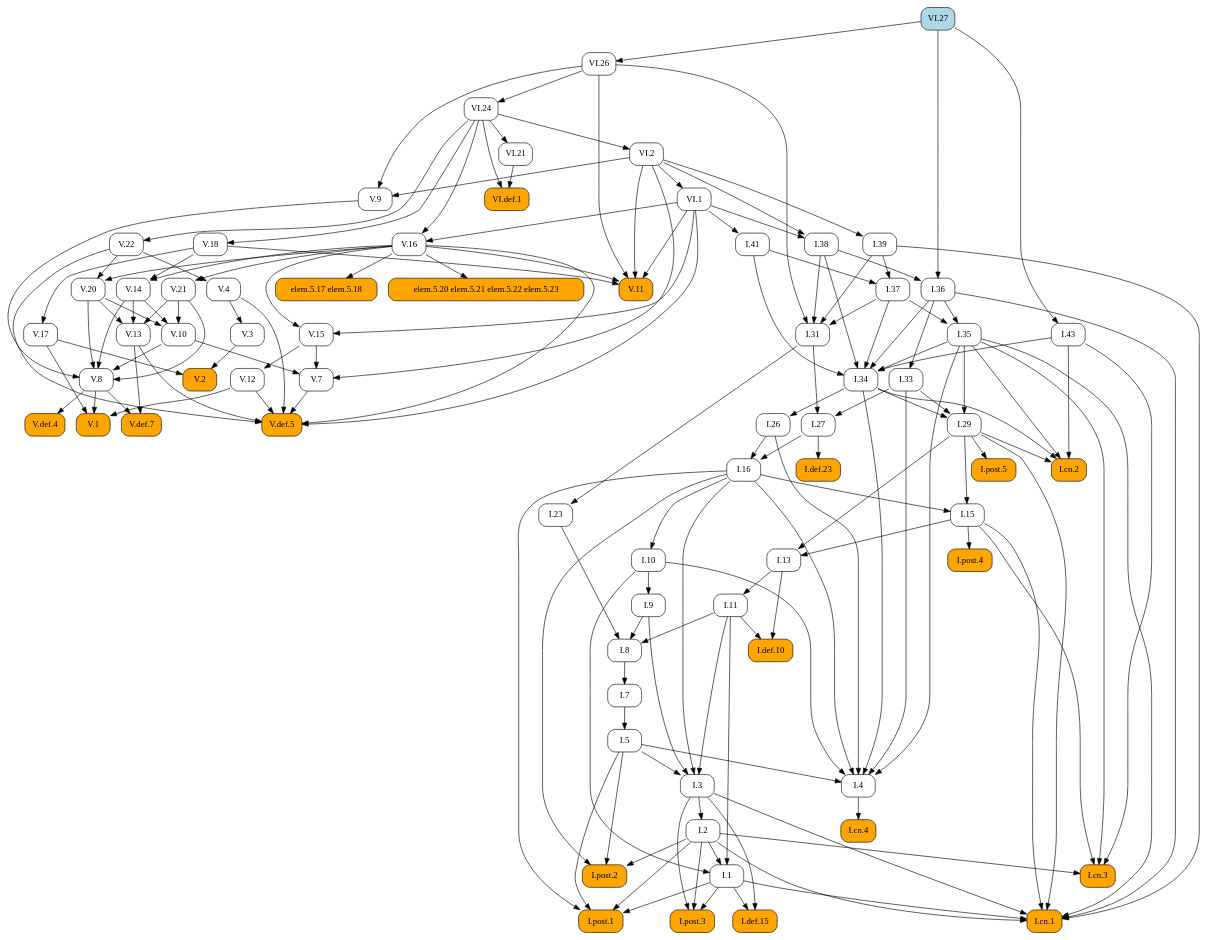
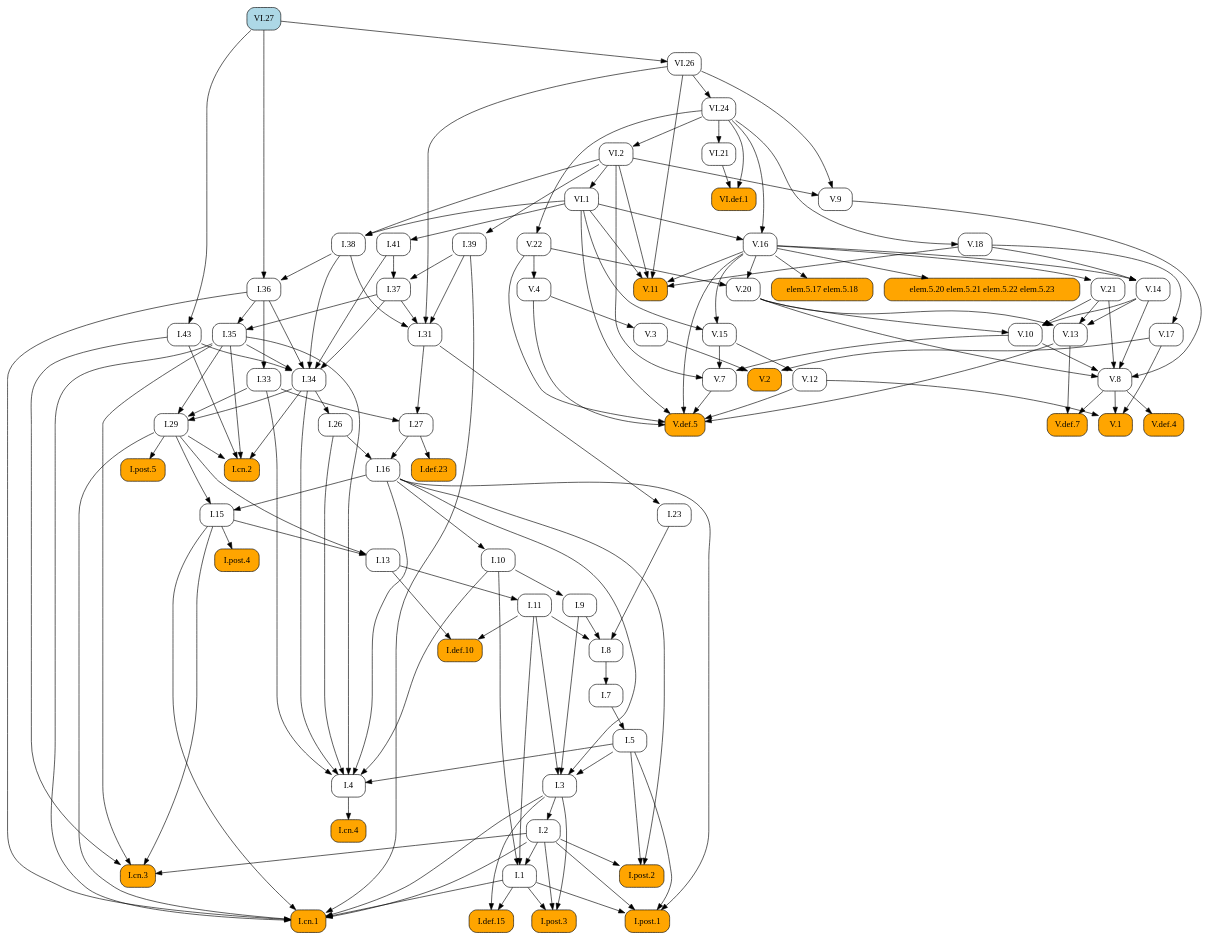
The diagram in docsrc/heath/VI/27/index.rst (geometor/elements), drawn with Graphviz before and after one commit. The commit also changed other lines of this file and 1029 other files, not shown here.

```diff
--- a/docsrc/heath/VI/27/index.rst
+++ b/docsrc/heath/VI/27/index.rst
@@ -62,141 +62,84 @@
    digraph {
      rankdir="TB";
      node [shape=box, style=rounded];
+     "I.def.10" [style="rounded,filled", fillcolor=orange, URL="/heath/I/def.10/", target="_top"];
+     "I.11" [URL="/heath/I/11/", target="_top"];
+     "I.post.4" [style="rounded,filled", fillcolor=orange, URL="/heath/I/post.4/", target="_top"];
+     "I.1" [URL="/heath/I/1/", target="_top"];
+     "VI.21" [URL="/heath/VI/21/", target="_top"];
+     "V.def.5" [style="rounded,filled", fillcolor=orange, URL="/heath/V/def.5/", target="_top"];
+     "V.13" [URL="/heath/V/13/", target="_top"];
+     "V.11" [style="rounded,filled", fillcolor=orange, URL="/heath/V/11/", target="_top"];
+     "I.post.3" [style="rounded,filled", fillcolor=orange, URL="/heath/I/post.3/", target="_top"];
+     "VI.1" [URL="/heath/VI/1/", target="_top"];
+     "I.cn.3" [style="rounded,filled", fillcolor=orange, URL="/heath/I/cn.3/", target="_top"];
+     "V.16" [URL="/heath/V/16/", target="_top"];
+     "V.3" [URL="/heath/V/3/", target="_top"];
+     "I.36" [URL="/heath/I/36/", target="_top"];
+     "I.27" [URL="/heath/I/27/", target="_top"];
+     "V.8" [URL="/heath/V/8/", target="_top"];
+     "I.41" [URL="/heath/I/41/", target="_top"];
+     "I.37" [URL="/heath/I/37/", target="_top"];
+     "I.34" [URL="/heath/I/34/", target="_top"];
+     "I.2" [URL="/heath/I/2/", target="_top"];
+     "I.def.23" [style="rounded,filled", fillcolor=orange, URL="/heath/I/def.23/", target="_top"];
+     "I.33" [URL="/heath/I/33/", target="_top"];
+     "I.post.2" [style="rounded,filled", fillcolor=orange, URL="/heath/I/post.2/", target="_top"];
+     "VI.def.1" [style="rounded,filled", fillcolor=orange, URL="/heath/VI/def.1/", target="_top"];
+     "elem.5.20 elem.5.21 elem.5.22 elem.5.23" [style="rounded,filled", fillcolor=orange];
+     "I.9" [URL="/heath/I/9/", target="_top"];
+     "VI.26" [URL="/heath/VI/26/", target="_top"];
+     "I.cn.4" [style="rounded,filled", fillcolor=orange, URL="/heath/I/cn.4/", target="_top"];
+     "V.def.4" [style="rounded,filled", fillcolor=orange, URL="/heath/V/def.4/", target="_top"];
+     "I.15" [URL="/heath/I/15/", target="_top"];
+     "I.38" [URL="/heath/I/38/", target="_top"];
+     "V.def.7" [style="rounded,filled", fillcolor=orange, URL="/heath/V/def.7/", target="_top"];
+     "I.5" [URL="/heath/I/5/", target="_top"];
+     "V.21" [URL="/heath/V/21/", target="_top"];
+     "I.39" [URL="/heath/I/39/", target="_top"];
+     "I.26" [URL="/heath/I/26/", target="_top"];
+     "V.14" [URL="/heath/V/14/", target="_top"];
+     "I.29" [URL="/heath/I/29/", target="_top"];
+     "V.22" [URL="/heath/V/22/", target="_top"];
+     "V.12" [URL="/heath/V/12/", target="_top"];
+     "I.cn.2" [style="rounded,filled", fillcolor=orange, URL="/heath/I/cn.2/", target="_top"];
+     "V.20" [URL="/heath/V/20/", target="_top"];
+     "V.10" [URL="/heath/V/10/", target="_top"];
+     "VI.2" [URL="/heath/VI/2/", target="_top"];
+     "I.def.15" [style="rounded,filled", fillcolor=orange, URL="/heath/I/def.15/", target="_top"];
+     "V.15" [URL="/heath/V/15/", target="_top"];
+     "I.cn.1" [style="rounded,filled", fillcolor=orange, URL="/heath/I/cn.1/", target="_top"];
+     "V.7" [URL="/heath/V/7/", target="_top"];
+     "V.9" [URL="/heath/V/9/", target="_top"];
+     "V.18" [URL="/heath/V/18/", target="_top"];
+     "I.23" [URL="/heath/I/23/", target="_top"];
+     "I.43" [URL="/heath/I/43/", target="_top"];
+     "I.post.1" [style="rounded,filled", fillcolor=orange, URL="/heath/I/post.1/", target="_top"];
+     "I.35" [URL="/heath/I/35/", target="_top"];
+     "I.7" [URL="/heath/I/7/", target="_top"];
+     "I.3" [URL="/heath/I/3/", target="_top"];
+     "I.4" [URL="/heath/I/4/", target="_top"];
+     "I.13" [URL="/heath/I/13/", target="_top"];
+     "V.17" [URL="/heath/V/17/", target="_top"];
+     "V.4" [URL="/heath/V/4/", target="_top"];
+     "I.31" [URL="/heath/I/31/", target="_top"];
      "V.1" [style="rounded,filled", fillcolor=orange, URL="/heath/V/1/", target="_top"];
-     "I.29" [URL="/heath/I/29/", target="_top"];
-     "I.7" [URL="/heath/I/7/", target="_top"];
-     "I.27" [URL="/heath/I/27/", target="_top"];
-     "I.def.23" [style="rounded,filled", fillcolor=orange, URL="/heath/I/def.23/", target="_top"];
-     "V.20" [URL="/heath/V/20/", target="_top"];
-     "I.34" [URL="/heath/I/34/", target="_top"];
+     "VI.24" [URL="/heath/VI/24/", target="_top"];
+     "I.16" [URL="/heath/I/16/", target="_top"];
+     "elem.5.17 elem.5.18" [style="rounded,filled", fillcolor=orange];
      "I.8" [URL="/heath/I/8/", target="_top"];
      "V.2" [style="rounded,filled", fillcolor=orange, URL="/heath/V/2/", target="_top"];
-     "I.9" [URL="/heath/I/9/", target="_top"];
-     "V.22" [URL="/heath/V/22/", target="_top"];
-     "I.post.4" [style="rounded,filled", fillcolor=orange, URL="/heath/I/post.4/", target="_top"];
-     "I.2" [URL="/heath/I/2/", target="_top"];
-     "VI.21" [URL="/heath/VI/21/", target="_top"];
-     "V.4" [URL="/heath/V/4/", target="_top"];
-     "I.cn.4" [style="rounded,filled", fillcolor=orange, URL="/heath/I/cn.4/", target="_top"];
-     "VI.24" [URL="/heath/VI/24/", target="_top"];
-     "VI.2" [URL="/heath/VI/2/", target="_top"];
-     "elem.5.20 elem.5.21 elem.5.22 elem.5.23" [style="rounded,filled", fillcolor=orange];
-     "I.23" [URL="/heath/I/23/", target="_top"];
-     "I.13" [URL="/heath/I/13/", target="_top"];
-     "I.5" [URL="/heath/I/5/", target="_top"];
-     "VI.26" [URL="/heath/VI/26/", target="_top"];
-     "I.11" [URL="/heath/I/11/", target="_top"];
-     "I.4" [URL="/heath/I/4/", target="_top"];
-     "I.43" [URL="/heath/I/43/", target="_top"];
-     "I.def.10" [style="rounded,filled", fillcolor=orange, URL="/heath/I/def.10/", target="_top"];
-     "I.post.3" [style="rounded,filled", fillcolor=orange, URL="/heath/I/post.3/", target="_top"];
-     "V.9" [URL="/heath/V/9/", target="_top"];
-     "VI.def.1" [style="rounded,filled", fillcolor=orange, URL="/heath/VI/def.1/", target="_top"];
-     "elem.5.17 elem.5.18" [style="rounded,filled", fillcolor=orange];
-     "V.17" [URL="/heath/V/17/", target="_top"];
-     "V.3" [URL="/heath/V/3/", target="_top"];
-     "I.36" [URL="/heath/I/36/", target="_top"];
-     "V.12" [URL="/heath/V/12/", target="_top"];
-     "I.15" [URL="/heath/I/15/", target="_top"];
-     "I.41" [URL="/heath/I/41/", target="_top"];
-     "V.def.5" [style="rounded,filled", fillcolor=orange, URL="/heath/V/def.5/", target="_top"];
-     "I.cn.3" [style="rounded,filled", fillcolor=orange, URL="/heath/I/cn.3/", target="_top"];
-     "V.16" [URL="/heath/V/16/", target="_top"];
-     "I.38" [URL="/heath/I/38/", target="_top"];
-     "V.15" [URL="/heath/V/15/", target="_top"];
+     "I.post.5" [style="rounded,filled", fillcolor=orange, URL="/heath/I/post.5/", target="_top"];
+     "I.10" [URL="/heath/I/10/", target="_top"];
      "VI.27" [style="rounded,filled", fillcolor=lightblue, URL="/heath/VI/27/", target="_top"];
-     "V.def.4" [style="rounded,filled", fillcolor=orange, URL="/heath/V/def.4/", target="_top"];
-     "V.21" [URL="/heath/V/21/", target="_top"];
-     "V.8" [URL="/heath/V/8/", target="_top"];
-     "V.7" [URL="/heath/V/7/", target="_top"];
-     "I.1" [URL="/heath/I/1/", target="_top"];
-     "I.def.15" [style="rounded,filled", fillcolor=orange, URL="/heath/I/def.15/", target="_top"];
-     "I.post.1" [style="rounded,filled", fillcolor=orange, URL="/heath/I/post.1/", target="_top"];
-     "V.13" [URL="/heath/V/13/", target="_top"];
-     "I.26" [URL="/heath/I/26/", target="_top"];
-     "I.33" [URL="/heath/I/33/", target="_top"];
-     "V.def.7" [style="rounded,filled", fillcolor=orange, URL="/heath/V/def.7/", target="_top"];
-     "I.39" [URL="/heath/I/39/", target="_top"];
-     "I.cn.2" [style="rounded,filled", fillcolor=orange, URL="/heath/I/cn.2/", target="_top"];
-     "V.10" [URL="/heath/V/10/", target="_top"];
-     "I.10" [URL="/heath/I/10/", target="_top"];
-     "I.3" [URL="/heath/I/3/", target="_top"];
-     "I.16" [URL="/heath/I/16/", target="_top"];
-     "I.31" [URL="/heath/I/31/", target="_top"];
-     "V.11" [style="rounded,filled", fillcolor=orange, URL="/heath/V/11/", target="_top"];
-     "I.post.2" [style="rounded,filled", fillcolor=orange, URL="/heath/I/post.2/", target="_top"];
-     "I.post.5" [style="rounded,filled", fillcolor=orange, URL="/heath/I/post.5/", target="_top"];
-     "VI.1" [URL="/heath/VI/1/", target="_top"];
-     "I.35" [URL="/heath/I/35/", target="_top"];
-     "V.18" [URL="/heath/V/18/", target="_top"];
-     "I.cn.1" [style="rounded,filled", fillcolor=orange, URL="/heath/I/cn.1/", target="_top"];
-     "I.37" [URL="/heath/I/37/", target="_top"];
-     "V.14" [URL="/heath/V/14/", target="_top"];
-     "V.8" -> "V.1";
-     "V.12" -> "V.1";
-     "V.17" -> "V.1";
-     "I.33" -> "I.29";
-     "I.34" -> "I.29";
-     "I.35" -> "I.29";
-     "I.8" -> "I.7";
-     "I.31" -> "I.27";
-     "I.33" -> "I.27";
-     "I.27" -> "I.def.23";
-     "V.16" -> "V.20";
-     "V.22" -> "V.20";
-     "I.35" -> "I.34";
-     "I.36" -> "I.34";
-     "I.37" -> "I.34";
-     "I.38" -> "I.34";
-     "I.41" -> "I.34";
-     "I.43" -> "I.34";
-     "I.9" -> "I.8";
-     "I.11" -> "I.8";
-     "I.23" -> "I.8";
-     "V.3" -> "V.2";
-     "V.17" -> "V.2";
-     "I.10" -> "I.9";
-     "VI.24" -> "V.22";
-     "I.15" -> "I.post.4";
-     "I.3" -> "I.2";
-     "VI.24" -> "VI.21";
-     "V.22" -> "V.4";
-     "I.4" -> "I.cn.4";
-     "VI.26" -> "VI.24";
-     "VI.24" -> "VI.2";
-     "V.16" -> "elem.5.20 elem.5.21 elem.5.22 elem.5.23";
-     "I.31" -> "I.23";
-     "I.15" -> "I.13";
-     "I.29" -> "I.13";
-     "I.7" -> "I.5";
-     "VI.27" -> "VI.26";
-     "I.13" -> "I.11";
-     "I.5" -> "I.4";
-     "I.10" -> "I.4";
-     "I.16" -> "I.4";
-     "I.26" -> "I.4";
-     "I.33" -> "I.4";
-     "I.34" -> "I.4";
-     "I.35" -> "I.4";
-     "VI.27" -> "I.43";
      "I.11" -> "I.def.10";
      "I.13" -> "I.def.10";
-     "I.1" -> "I.post.3";
-     "I.2" -> "I.post.3";
-     "I.3" -> "I.post.3";
-     "VI.2" -> "V.9";
-     "VI.26" -> "V.9";
-     "VI.21" -> "VI.def.1";
-     "VI.24" -> "VI.def.1";
-     "V.16" -> "elem.5.17 elem.5.18";
-     "V.18" -> "V.17";
-     "V.4" -> "V.3";
-     "I.38" -> "I.36";
-     "VI.27" -> "I.36";
-     "V.15" -> "V.12";
-     "I.16" -> "I.15";
-     "I.29" -> "I.15";
-     "VI.1" -> "I.41";
+     "I.13" -> "I.11";
+     "I.15" -> "I.post.4";
+     "I.2" -> "I.1";
+     "I.10" -> "I.1";
+     "I.11" -> "I.1";
+     "VI.24" -> "VI.21";
      "V.4" -> "V.def.5";
      "V.7" -> "V.def.5";
      "V.12" -> "V.def.5";
@@ -204,74 +147,87 @@
      "V.16" -> "V.def.5";
      "V.22" -> "V.def.5";
      "VI.1" -> "V.def.5";
+     "V.14" -> "V.13";
+     "V.20" -> "V.13";
+     "V.21" -> "V.13";
+     "V.16" -> "V.11";
+     "V.18" -> "V.11";
+     "VI.1" -> "V.11";
+     "VI.2" -> "V.11";
+     "VI.26" -> "V.11";
+     "I.1" -> "I.post.3";
+     "I.2" -> "I.post.3";
+     "I.3" -> "I.post.3";
+     "VI.2" -> "VI.1";
      "I.2" -> "I.cn.3";
      "I.15" -> "I.cn.3";
      "I.35" -> "I.cn.3";
      "I.43" -> "I.cn.3";
      "VI.1" -> "V.16";
      "VI.24" -> "V.16";
-     "VI.1" -> "I.38";
-     "VI.2" -> "I.38";
-     "V.16" -> "V.15";
-     "VI.1" -> "V.15";
-     "V.8" -> "V.def.4";
-     "V.16" -> "V.21";
+     "V.4" -> "V.3";
+     "I.38" -> "I.36";
+     "VI.27" -> "I.36";
+     "I.31" -> "I.27";
+     "I.33" -> "I.27";
      "V.9" -> "V.8";
      "V.10" -> "V.8";
      "V.14" -> "V.8";
      "V.20" -> "V.8";
      "V.21" -> "V.8";
-     "V.10" -> "V.7";
-     "V.15" -> "V.7";
-     "VI.2" -> "V.7";
-     "I.2" -> "I.1";
-     "I.10" -> "I.1";
-     "I.11" -> "I.1";
-     "I.1" -> "I.def.15";
-     "I.3" -> "I.def.15";
-     "I.1" -> "I.post.1";
-     "I.2" -> "I.post.1";
-     "I.5" -> "I.post.1";
-     "I.16" -> "I.post.1";
-     "V.14" -> "V.13";
-     "V.20" -> "V.13";
-     "V.21" -> "V.13";
-     "I.34" -> "I.26";
+     "VI.1" -> "I.41";
+     "I.39" -> "I.37";
+     "I.41" -> "I.37";
+     "I.35" -> "I.34";
+     "I.36" -> "I.34";
+     "I.37" -> "I.34";
+     "I.38" -> "I.34";
+     "I.41" -> "I.34";
+     "I.43" -> "I.34";
+     "I.3" -> "I.2";
+     "I.27" -> "I.def.23";
      "I.36" -> "I.33";
+     "I.2" -> "I.post.2";
+     "I.5" -> "I.post.2";
+     "I.16" -> "I.post.2";
+     "VI.21" -> "VI.def.1";
+     "VI.24" -> "VI.def.1";
+     "V.16" -> "elem.5.20 elem.5.21 elem.5.22 elem.5.23";
+     "I.10" -> "I.9";
+     "VI.27" -> "VI.26";
+     "I.4" -> "I.cn.4";
+     "V.8" -> "V.def.4";
+     "I.16" -> "I.15";
+     "I.29" -> "I.15";
+     "VI.1" -> "I.38";
+     "VI.2" -> "I.38";
      "V.8" -> "V.def.7";
      "V.13" -> "V.def.7";
+     "I.7" -> "I.5";
+     "V.16" -> "V.21";
      "VI.2" -> "I.39";
+     "I.34" -> "I.26";
+     "V.16" -> "V.14";
+     "V.18" -> "V.14";
+     "I.33" -> "I.29";
+     "I.34" -> "I.29";
+     "I.35" -> "I.29";
+     "VI.24" -> "V.22";
+     "V.15" -> "V.12";
      "I.29" -> "I.cn.2";
      "I.34" -> "I.cn.2";
      "I.35" -> "I.cn.2";
      "I.43" -> "I.cn.2";
+     "V.16" -> "V.20";
+     "V.22" -> "V.20";
      "V.14" -> "V.10";
      "V.20" -> "V.10";
      "V.21" -> "V.10";
-     "I.16" -> "I.10";
-     "I.5" -> "I.3";
-     "I.9" -> "I.3";
-     "I.11" -> "I.3";
-     "I.16" -> "I.3";
-     "I.26" -> "I.16";
-     "I.27" -> "I.16";
-     "I.37" -> "I.31";
-     "I.38" -> "I.31";
-     "I.39" -> "I.31";
-     "VI.26" -> "I.31";
-     "V.16" -> "V.11";
-     "V.18" -> "V.11";
-     "VI.1" -> "V.11";
-     "VI.2" -> "V.11";
-     "VI.26" -> "V.11";
-     "I.2" -> "I.post.2";
-     "I.5" -> "I.post.2";
-     "I.16" -> "I.post.2";
-     "I.29" -> "I.post.5";
-     "VI.2" -> "VI.1";
-     "I.36" -> "I.35";
-     "I.37" -> "I.35";
-     "VI.24" -> "V.18";
+     "VI.24" -> "VI.2";
+     "I.1" -> "I.def.15";
+     "I.3" -> "I.def.15";
+     "V.16" -> "V.15";
+     "VI.1" -> "V.15";
      "I.1" -> "I.cn.1";
      "I.2" -> "I.cn.1";
      "I.3" -> "I.cn.1";
@@ -280,8 +236,52 @@
      "I.35" -> "I.cn.1";
      "I.36" -> "I.cn.1";
      "I.39" -> "I.cn.1";
-     "I.39" -> "I.37";
-     "I.41" -> "I.37";
-     "V.16" -> "V.14";
-     "V.18" -> "V.14";
+     "V.10" -> "V.7";
+     "V.15" -> "V.7";
+     "VI.2" -> "V.7";
+     "VI.2" -> "V.9";
+     "VI.26" -> "V.9";
+     "VI.24" -> "V.18";
+     "I.31" -> "I.23";
+     "VI.27" -> "I.43";
+     "I.1" -> "I.post.1";
+     "I.2" -> "I.post.1";
+     "I.5" -> "I.post.1";
+     "I.16" -> "I.post.1";
+     "I.36" -> "I.35";
+     "I.37" -> "I.35";
+     "I.8" -> "I.7";
+     "I.5" -> "I.3";
+     "I.9" -> "I.3";
+     "I.11" -> "I.3";
+     "I.16" -> "I.3";
+     "I.5" -> "I.4";
+     "I.10" -> "I.4";
+     "I.16" -> "I.4";
+     "I.26" -> "I.4";
+     "I.33" -> "I.4";
+     "I.34" -> "I.4";
+     "I.35" -> "I.4";
+     "I.15" -> "I.13";
+     "I.29" -> "I.13";
+     "V.18" -> "V.17";
+     "V.22" -> "V.4";
+     "I.37" -> "I.31";
+     "I.38" -> "I.31";
+     "I.39" -> "I.31";
+     "VI.26" -> "I.31";
+     "V.8" -> "V.1";
+     "V.12" -> "V.1";
+     "V.17" -> "V.1";
+     "VI.26" -> "VI.24";
+     "I.26" -> "I.16";
+     "I.27" -> "I.16";
+     "V.16" -> "elem.5.17 elem.5.18";
+     "I.9" -> "I.8";
+     "I.11" -> "I.8";
+     "I.23" -> "I.8";
+     "V.3" -> "V.2";
+     "V.17" -> "V.2";
+     "I.29" -> "I.post.5";
+     "I.16" -> "I.10";
    }
```
